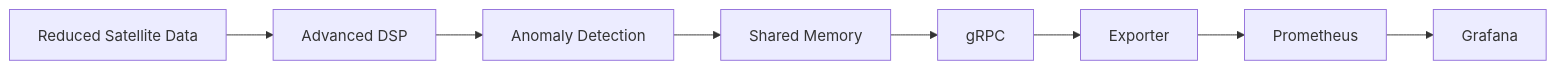
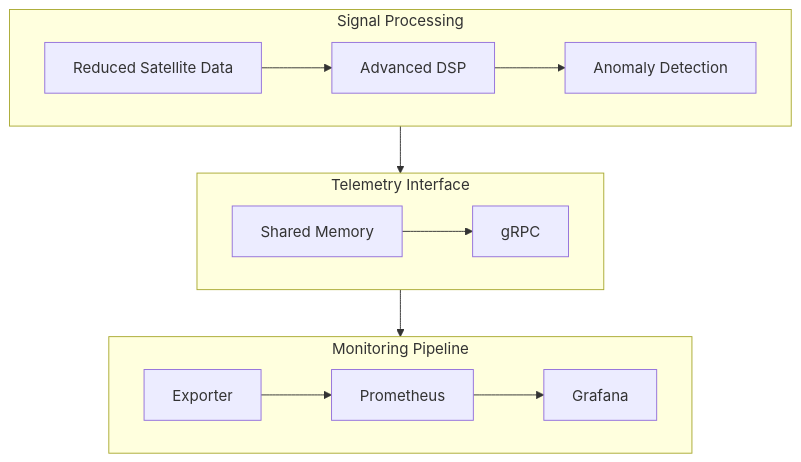
The ninth of 13 diagrams in _portfolio/2024-07-16-part4-monitoring.md (ronok-shahariar/ronok-shahariar.github.io), drawn with Mermaid before and after one commit. The commit also changed other lines of this file and 11 other files, not shown here.

Commit message:
minor figure error

````diff
--- a/_portfolio/2024-07-16-part4-monitoring.md
+++ b/_portfolio/2024-07-16-part4-monitoring.md
@@ -503,33 +483,34 @@
 ```mermaid
-flowchart LR
+flowchart TD
 
-    INPUT["Reduced Satellite Data"]
+    subgraph PROCESSING["Signal Processing"]
+        direction LR
+        INPUT["Reduced Satellite Data"]
+        DSP["Advanced DSP"]
+        DETECT["Anomaly Detection"]
 
-    DSP["Advanced DSP"]
+        INPUT --> DSP
+        DSP --> DETECT
+    end
 
-    DETECT["Anomaly Detection"]
+    subgraph TELEMETRY["Telemetry Interface"]
+        direction LR
+        SHM["Shared Memory"]
+        GRPC["gRPC"]
 
-    SHM["Shared Memory"]
+        SHM --> GRPC
+    end
 
-    GRPC["gRPC"]
+    subgraph MONITORING["Monitoring Pipeline"]
+        direction LR
+        EXPORT["Exporter"]
+        PROM["Prometheus"]
+        DASH["Grafana"]
 
-    EXPORT["Exporter"]
-
-    PROM["Prometheus"]
-
-    DASH["Grafana"]
-
-    INPUT --> DSP
-
-    DSP --> DETECT
+        EXPORT --> PROM
+        PROM --> DASH
+    end
 
     DETECT --> SHM
-
-    SHM --> GRPC
-
     GRPC --> EXPORT
-
-    EXPORT --> PROM
-
-    PROM --> DASH
 ```
````
